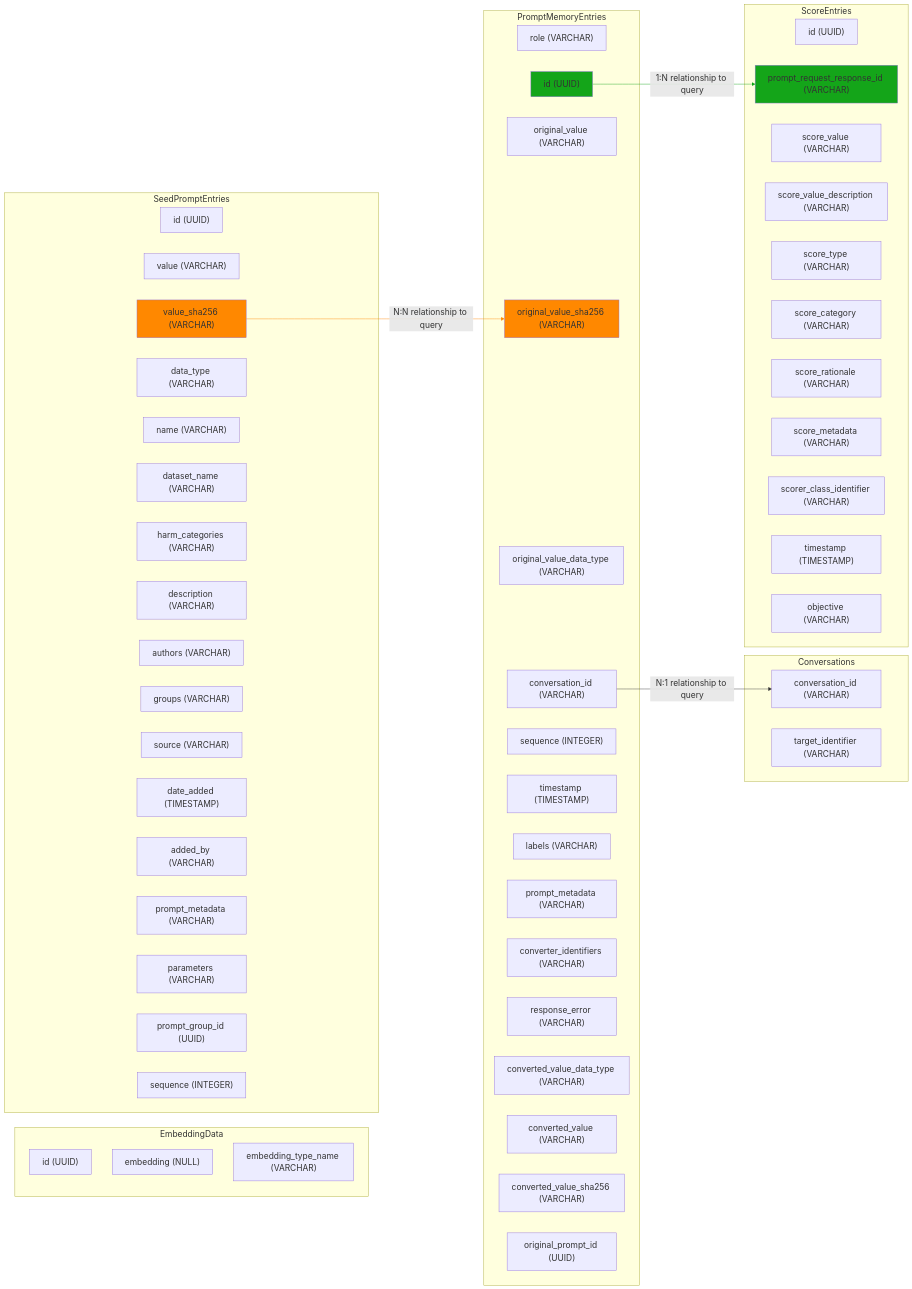
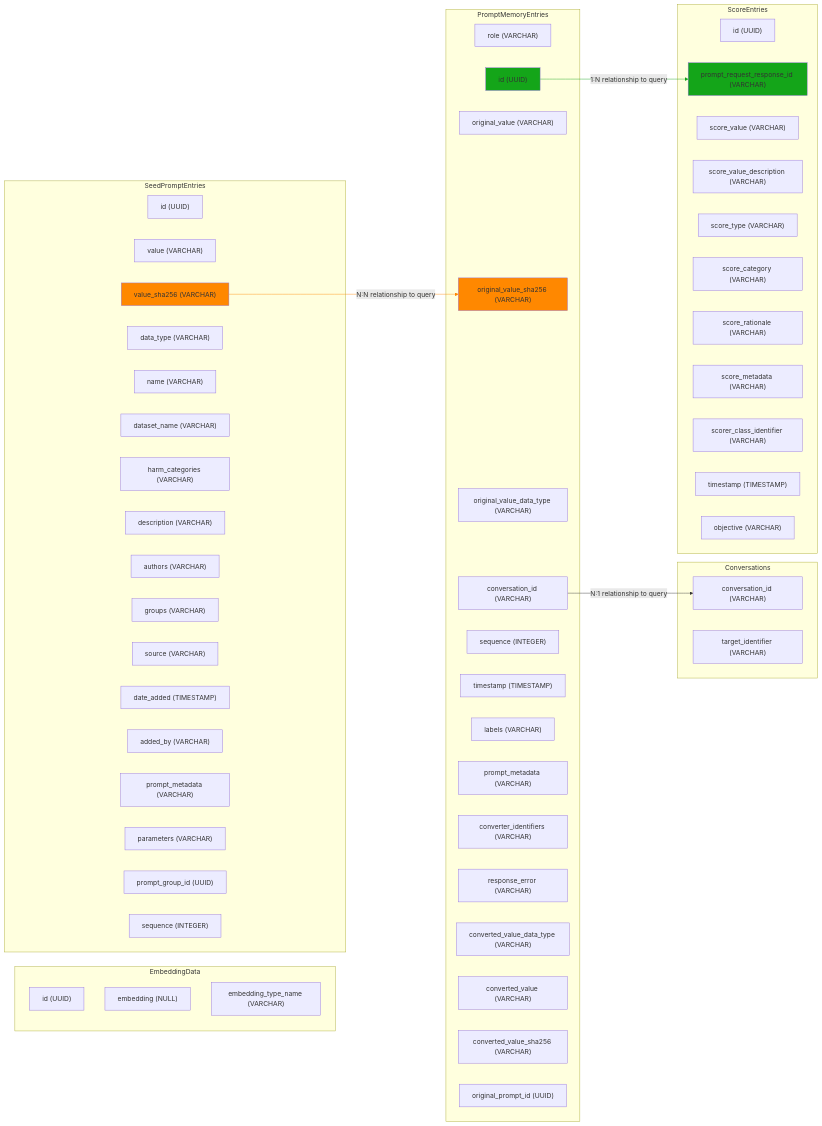
One commit to microsoft/PyRIT changed the diagram in doc/code/memory/9_schema_diagram.md. Above: the diagram before and after it, drawn with Mermaid. The commit also changed 4 other files, not shown here.

First line of the commit message:
Fix Mermaid label rendering

````diff
--- a/doc/code/memory/9_schema_diagram.md
+++ b/doc/code/memory/9_schema_diagram.md
@@ -8,73 +8,72 @@
 ```{mermaid}
-%%{init: {"themeVariables": {"fontSize": "20px"}}}%%
 flowchart LR
  subgraph EmbeddingData["EmbeddingData"]
         E_id["id (UUID)"]
         E_embedding["embedding (NULL)"]
         E_embedding_type_name["embedding_type_name (VARCHAR)"]
   end
  subgraph SeedPromptEntries["SeedPromptEntries"]
         S_id["id (UUID)"]
         S_value["value (VARCHAR)"]
         S_value_sha256["value_sha256 (VARCHAR)"]
         S_data_type["data_type (VARCHAR)"]
         S_name["name (VARCHAR)"]
         S_dataset_name["dataset_name (VARCHAR)"]
         S_harm_categories["harm_categories (VARCHAR)"]
         S_description["description (VARCHAR)"]
         S_authors["authors (VARCHAR)"]
         S_groups["groups (VARCHAR)"]
         S_source["source (VARCHAR)"]
         S_date_added["date_added (TIMESTAMP)"]
         S_added_by["added_by (VARCHAR)"]
         S_prompt_metadata["prompt_metadata (VARCHAR)"]
         S_parameters["parameters (VARCHAR)"]
         S_prompt_group_id["prompt_group_id (UUID)"]
         S_sequence["sequence (INTEGER)"]
   end
  subgraph PromptMemoryEntries["PromptMemoryEntries"]
         P_role["role (VARCHAR)"]
         P_id["id (UUID)"]
         P_original_value["original_value (VARCHAR)"]
         P_original_value_sha256["original_value_sha256 (VARCHAR)"]
         P_original_value_data_type["original_value_data_type (VARCHAR)"]
         P_conversation_id["conversation_id (VARCHAR)"]
         P_sequence["sequence (INTEGER)"]
         P_timestamp["timestamp (TIMESTAMP)"]
         P_labels["labels (VARCHAR)"]
         P_prompt_metadata["prompt_metadata (VARCHAR)"]
         P_converter_identifiers["converter_identifiers (VARCHAR)"]
         P_response_error["response_error (VARCHAR)"]
         P_converted_value_data_type["converted_value_data_type (VARCHAR)"]
         P_converted_value["converted_value (VARCHAR)"]
         P_converted_value_sha256["converted_value_sha256 (VARCHAR)"]
         P_original_prompt_id["original_prompt_id (UUID)"]
   end
  subgraph Conversations["Conversations"]
         C_conversation_id["conversation_id (VARCHAR)"]
         C_target_identifier["target_identifier (VARCHAR)"]
   end
  subgraph ScoreEntries["ScoreEntries"]
         Sc_id["id (UUID)"]
         Sc_prompt_request_response_id["prompt_request_response_id (VARCHAR)"]
         Sc_score_value["score_value (VARCHAR)"]
         Sc_score_value_description["score_value_description (VARCHAR)"]
         Sc_score_type["score_type (VARCHAR)"]
         Sc_score_category["score_category (VARCHAR)"]
         Sc_score_rationale["score_rationale (VARCHAR)"]
         Sc_score_metadata["score_metadata (VARCHAR)"]
         Sc_scorer_class_identifier["scorer_class_identifier (VARCHAR)"]
         Sc_timestamp["timestamp (TIMESTAMP)"]
         Sc_objective["objective (VARCHAR)"]
   end
     S_value_sha256 -- N:N relationship to query --> P_original_value_sha256
     P_id -- 1:N relationship to query --> Sc_prompt_request_response_id
     P_conversation_id -- N:1 relationship to query --> C_conversation_id
 
     style S_value_sha256 fill:#ff8800ff
     style P_id fill:#14a519ff
     style P_original_value_sha256 fill:#ff8800ff
     style Sc_prompt_request_response_id fill:#14a519ff
     linkStyle 0 stroke:#ff8800ff,fill:none
     linkStyle 1 stroke:#14a519ff
 ```
````
